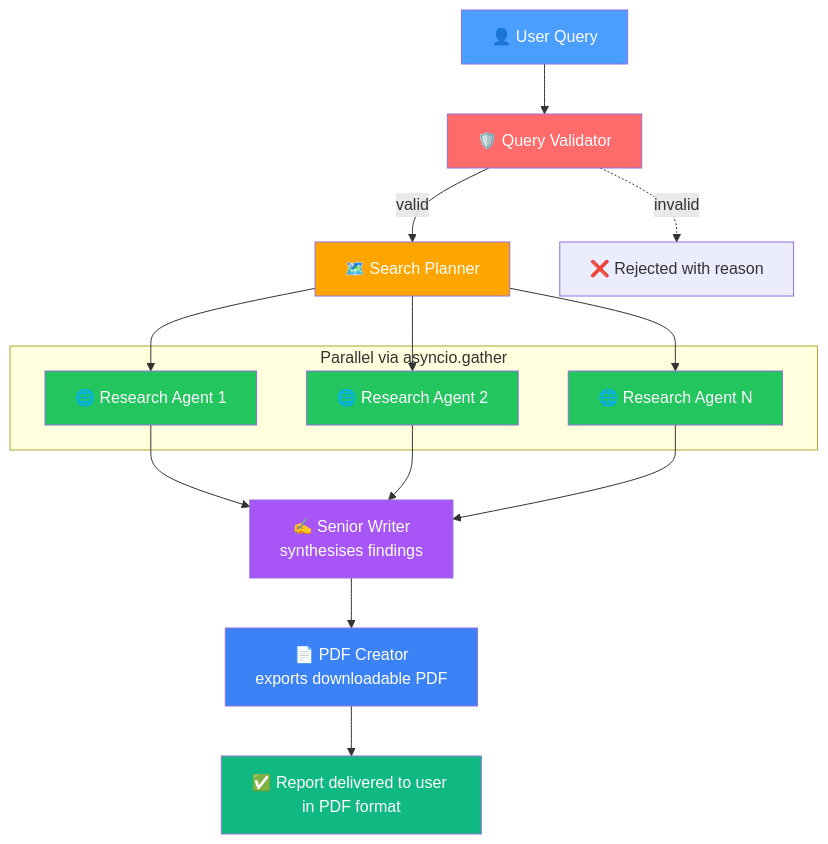
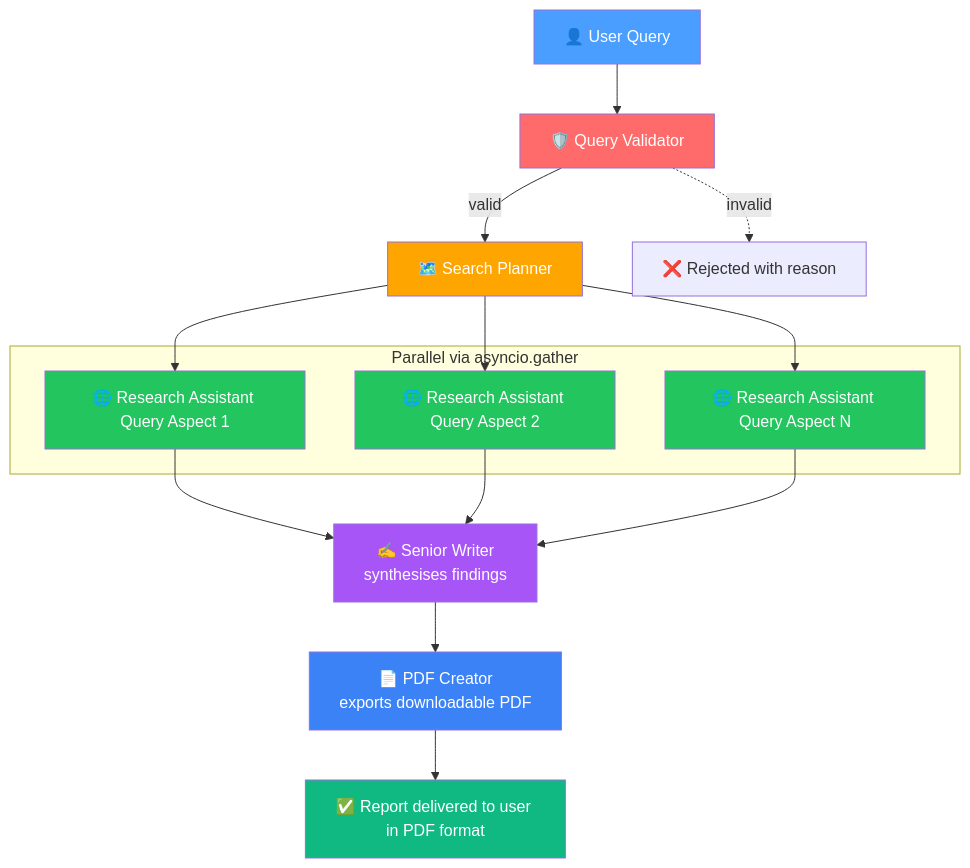
One commit to yasinemirkutlu44/LLM-Orchestrated-Agentic-AI-Researcher changed the diagram in README.md. Above: the diagram before and after it, drawn with Mermaid.

Commit message:
Rename research agents to research assistants

````diff
--- a/README.md
+++ b/README.md
@@ -39,32 +39,32 @@
 ```mermaid
 flowchart TD
     A[👤 User Query] --> B[🛡️ Query Validator]
     B -->|valid| C[🗺️ Search Planner]
     
     subgraph parallel [Parallel via asyncio.gather]
-        D1[🌐 Research Agent 1]
-        D2[🌐 Research Agent 2]
-        D3[🌐 Research Agent N]
+        D1[🌐 Research Assistant Query Aspect 1]
+        D2[🌐 Research Assistant Query Aspect 2]
+        D3[🌐 Research Assistant Query Aspect N]
     end
     
     C --> D1
     C --> D2
     C --> D3
     D1 --> E[✍️ Senior Writer<br/>synthesises findings]
     D2 --> E
     D3 --> E
     E --> F[📄 PDF Creator<br/>exports downloadable PDF]
     F --> G[✅ Report delivered to user in PDF format]
     
     B -.->|invalid| X[❌ Rejected with reason]
 
     style A fill:#4a9eff,color:#fff
     style B fill:#ff6b6b,color:#fff
     style C fill:#ffa500,color:#fff
     style D1 fill:#22c55e,color:#fff
     style D2 fill:#22c55e,color:#fff
     style D3 fill:#22c55e,color:#fff
     style E fill:#a855f7,color:#fff
     style F fill:#3b82f6,color:#fff
     style G fill:#10b981,color:#fff
 ```
````
